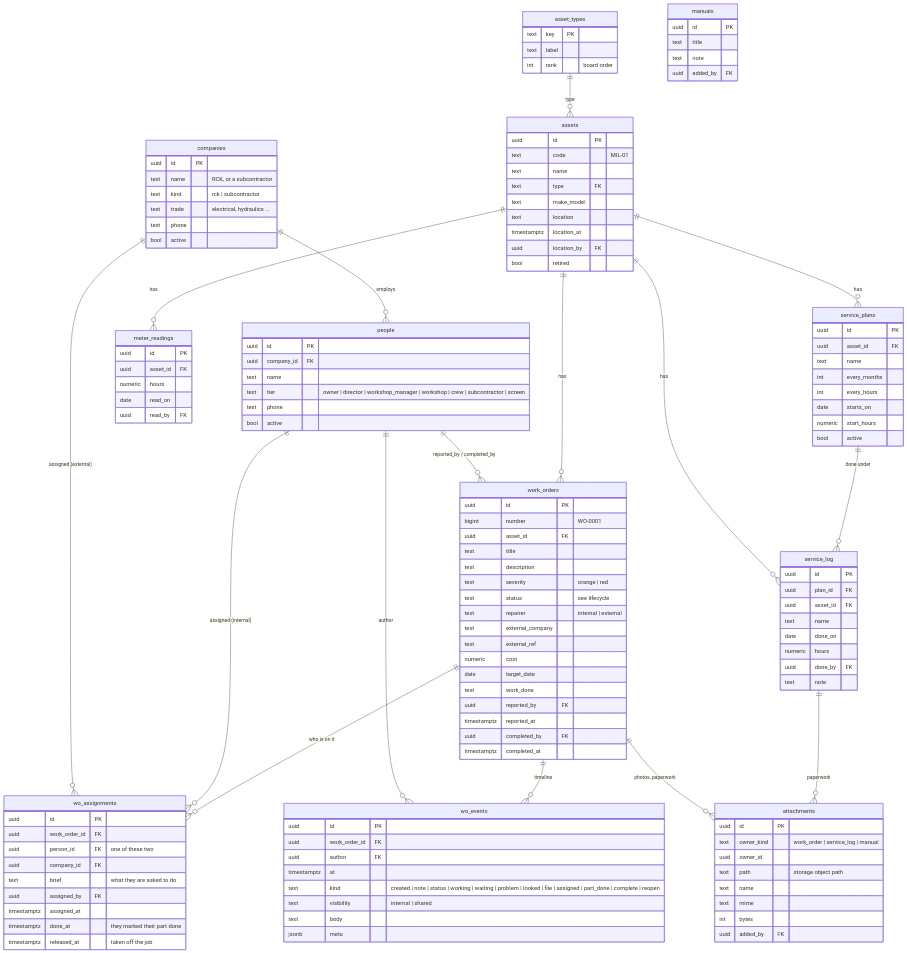
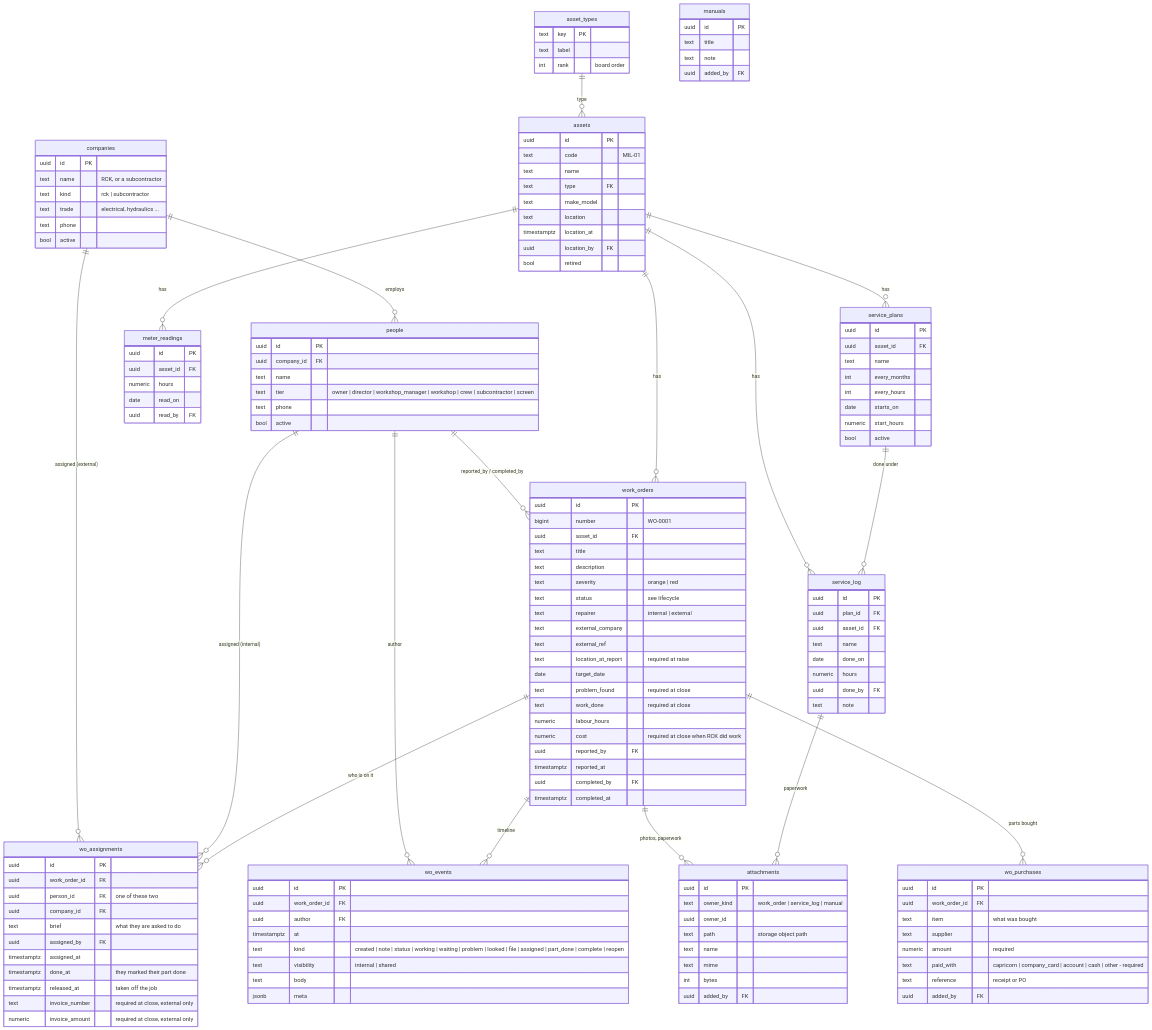
The third of 12 diagrams in workshop-v2/docs/01-flow-and-architecture.md (shyamal22/rck-workshop), drawn with Mermaid before and after one commit. The commit also changed other lines of this file, not shown here.

First line of the commit message:
Workshop v2: what a job must contain, and a diary per person

```diff
--- a/workshop-v2/docs/01-flow-and-architecture.md
+++ b/workshop-v2/docs/01-flow-and-architecture.md
@@ -174,6 +178,7 @@
   assets ||--o{ service_log : "has"
   work_orders ||--o{ wo_events : "timeline"
   work_orders ||--o{ attachments : "photos, paperwork"
+  work_orders ||--o{ wo_purchases : "parts bought"
   service_plans ||--o{ service_log : "done under"
   service_log ||--o{ attachments : "paperwork"
 
@@ -203,6 +208,18 @@
     timestamptz assigned_at
     timestamptz done_at "they marked their part done"
     timestamptz released_at "taken off the job"
+    text invoice_number "required at close, external only"
+    numeric invoice_amount "required at close, external only"
+  }
+  wo_purchases {
+    uuid id PK
+    uuid work_order_id FK
+    text item "what was bought"
+    text supplier
+    numeric amount "required"
+    text paid_with "capricorn | company_card | account | cash | other - required"
+    text reference "receipt or PO"
+    uuid added_by FK
   }
   asset_types {
     text key PK
@@ -238,9 +255,12 @@
     text repairer "internal | external"
     text external_company
     text external_ref
-    numeric cost
+    text location_at_report "required at raise"
     date target_date
-    text work_done
+    text problem_found "required at close"
+    text work_done "required at close"
+    numeric labour_hours
+    numeric cost "required at close when RCK did work"
     uuid reported_by FK
     timestamptz reported_at
     uuid completed_by FK
```
